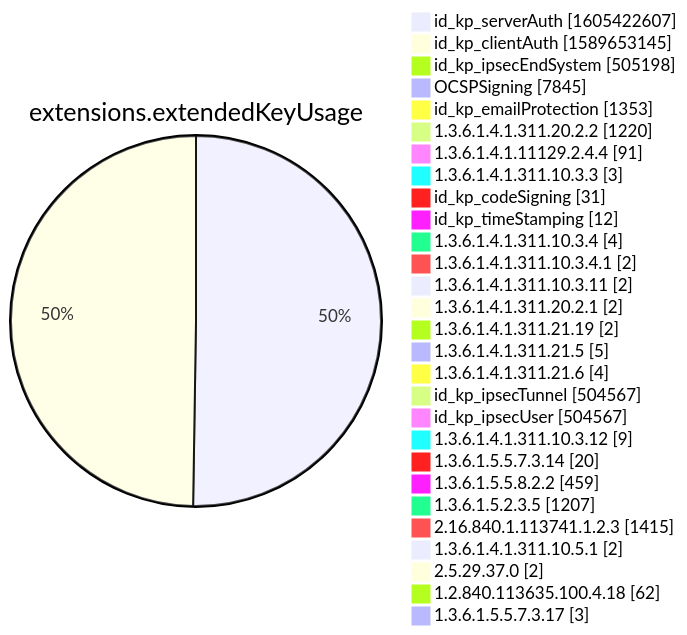
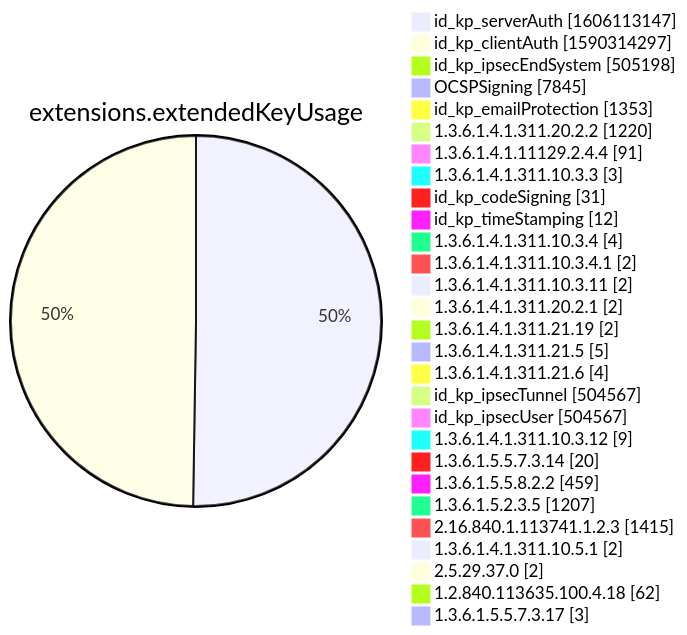
Before and after one commit to christiankrug/ctmonitor_visualization: diagram 12 of 15 in xenon2022/README.md, drawn with Mermaid. The commit also changed other lines of this file, not shown here.

````diff
--- a/xenon2022/README.md
+++ b/xenon2022/README.md
@@ -3885,32 +3885,32 @@
 ```mermaid
 pie showData
 title extensions.extendedKeyUsage
-"id_kp_serverAuth" :1605422607
-"id_kp_clientAuth" :1589653145
+"id_kp_serverAuth" :1606113147
+"id_kp_clientAuth" :1590314297
 "id_kp_ipsecEndSystem" :505198
 "OCSPSigning" :7845
 "id_kp_emailProtection" :1353
 "1.3.6.1.4.1.311.20.2.2" :1220
 "1.3.6.1.4.1.11129.2.4.4" :91
 "1.3.6.1.4.1.311.10.3.3" :3
 "id_kp_codeSigning" :31
 "id_kp_timeStamping" :12
 "1.3.6.1.4.1.311.10.3.4" :4
 "1.3.6.1.4.1.311.10.3.4.1" :2
 "1.3.6.1.4.1.311.10.3.11" :2
 "1.3.6.1.4.1.311.20.2.1" :2
 "1.3.6.1.4.1.311.21.19" :2
 "1.3.6.1.4.1.311.21.5" :5
 "1.3.6.1.4.1.311.21.6" :4
 "id_kp_ipsecTunnel" :504567
 "id_kp_ipsecUser" :504567
 "1.3.6.1.4.1.311.10.3.12" :9
 "1.3.6.1.5.5.7.3.14" :20
 "1.3.6.1.5.5.8.2.2" :459
 "1.3.6.1.5.2.3.5" :1207
 "2.16.840.1.113741.1.2.3" :1415
 "1.3.6.1.4.1.311.10.5.1" :2
 "2.5.29.37.0" :2
 "1.2.840.113635.100.4.18" :62
 "1.3.6.1.5.5.7.3.17" :3
 ```
````
